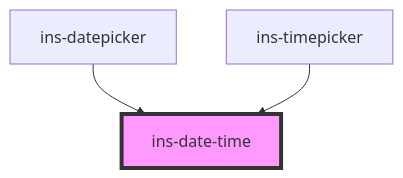
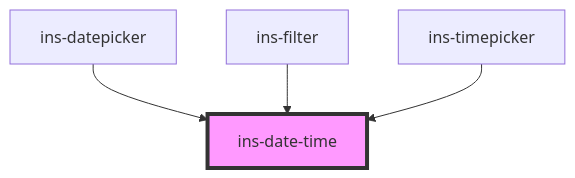
One commit to insites-io/insites-components-v2 changed the diagram in components/src/components/ins-date-time/README.md. Above: the diagram before and after it, drawn with Mermaid. The commit also changed other lines of this file and 108 other files, not shown here.

````diff
--- a/components/src/components/ins-date-time/README.md
+++ b/components/src/components/ins-date-time/README.md
@@ -48,6 +63,7 @@
 ```mermaid
 graph TD;
   ins-datepicker --> ins-date-time
+  ins-filter --> ins-date-time
   ins-timepicker --> ins-date-time
   style ins-date-time fill:#f9f,stroke:#333,stroke-width:4px
 ```
````
